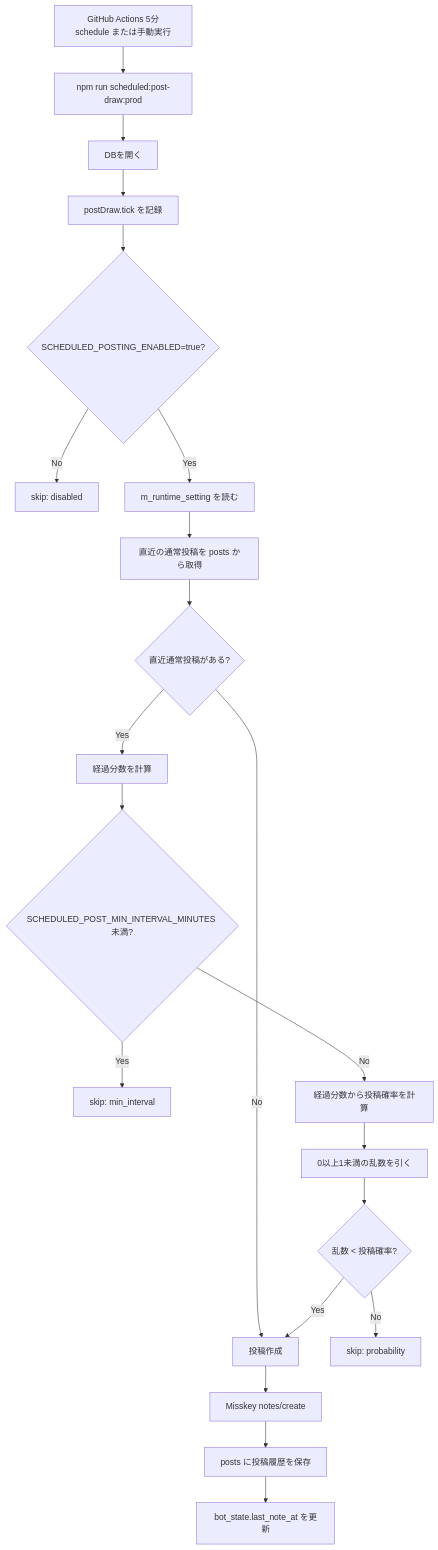
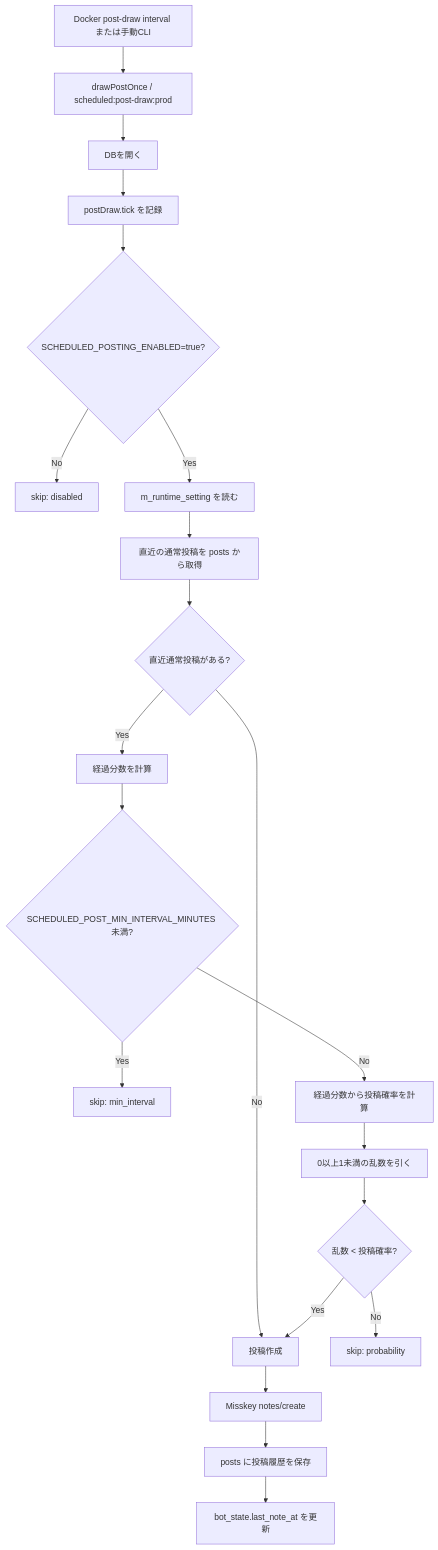
One commit to rohto4/io-bot-soul changed the first of 2 diagrams in docs/spec/posting-runtime-rules.md. Above: the diagram before and after it, drawn with Mermaid. The commit also changed other lines of this file and 33 other files, not shown here.

````diff
--- a/docs/spec/posting-runtime-rules.md
+++ b/docs/spec/posting-runtime-rules.md
@@ -17,23 +17,23 @@
 ```mermaid
 flowchart TD
-  A[GitHub Actions 5分schedule または手動実行] --> B[npm run scheduled:post-draw:prod]
+  A[Docker post-draw interval または手動CLI] --> B[drawPostOnce / scheduled:post-draw:prod]
   B --> C[DBを開く]
   C --> D[postDraw.tick を記録]
   D --> E{SCHEDULED_POSTING_ENABLED=true?}
   E -- No --> Z1[skip: disabled]
   E -- Yes --> F[m_runtime_setting を読む]
   F --> G[直近の通常投稿を posts から取得]
   G --> H{直近通常投稿がある?}
   H -- No --> P[投稿作成]
   H -- Yes --> I[経過分数を計算]
   I --> J{SCHEDULED_POST_MIN_INTERVAL_MINUTES 未満?}
   J -- Yes --> Z2[skip: min_interval]
   J -- No --> K[経過分数から投稿確率を計算]
   K --> L[0以上1未満の乱数を引く]
   L --> M{乱数 < 投稿確率?}
   M -- No --> Z3[skip: probability]
   M -- Yes --> P[投稿作成]
   P --> Q[Misskey notes/create]
   Q --> R[posts に投稿履歴を保存]
   R --> S[bot_state.last_note_at を更新]
 ```
````
